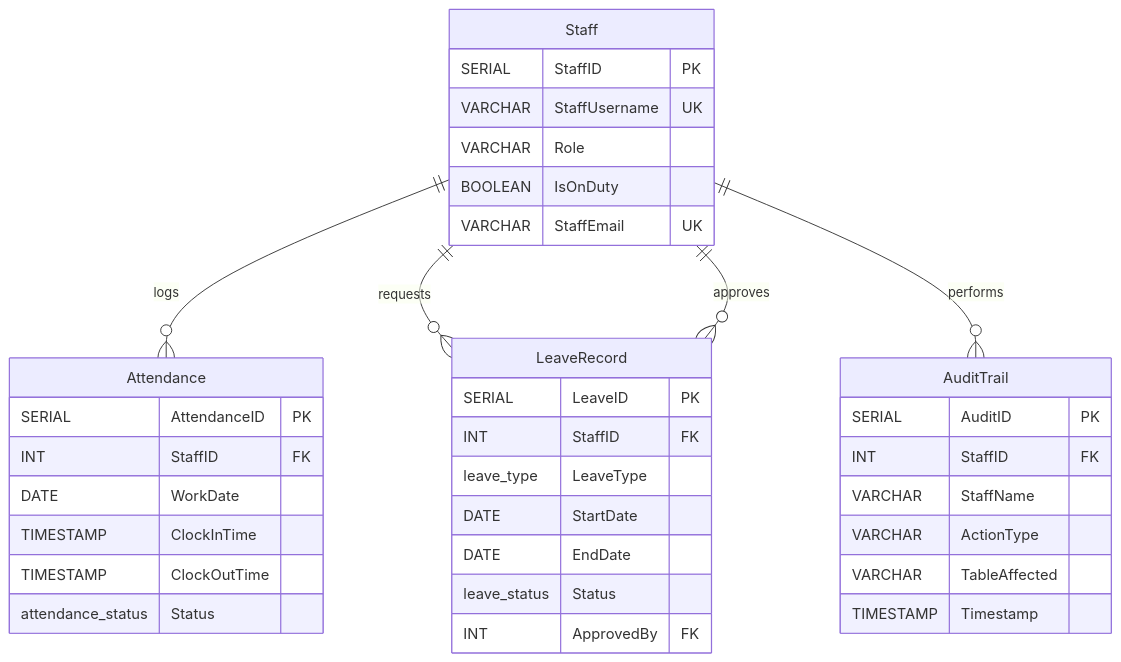
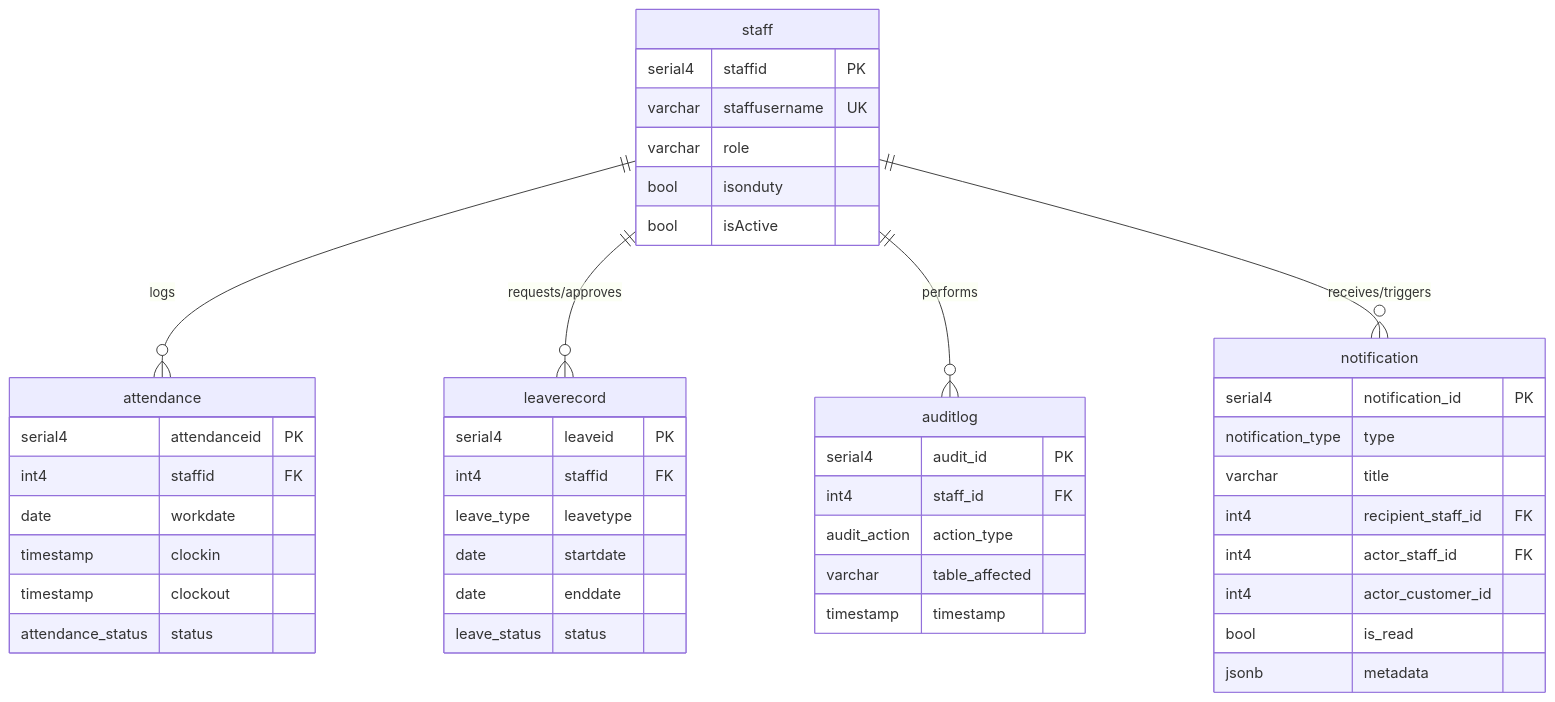
One commit to athiphat67/CN230-Group-Project changed the diagram in Diagram/StaffHRAudit.md. Above: the diagram before and after it, drawn with Mermaid. The commit also changed 7 other files, not shown here.

First line of the commit message:
Normalize mermaid ER diagrams and update assets

```diff
--- a/Diagram/StaffHRAudit.md
+++ b/Diagram/StaffHRAudit.md
@@ -1,40 +1,48 @@
 :::mermaid
-    erDiagram
-    Staff ||--o{ Attendance : "logs"
-    Staff ||--o{ LeaveRecord : "requests"
-    Staff ||--o{ LeaveRecord : "approves"
-    Staff ||--o{ AuditTrail : "performs"
+erDiagram
+    staff ||--o{ attendance : "logs"
+    staff ||--o{ leaverecord : "requests/approves"
+    staff ||--o{ auditlog : "performs"
+    staff ||--o{ notification : "receives/triggers"
 
-    Staff {
-        SERIAL StaffID PK
-        VARCHAR StaffUsername UK
-        VARCHAR Role
-        BOOLEAN IsOnDuty
-        VARCHAR StaffEmail UK
+    staff {
+        serial4 staffid PK
+        varchar staffusername UK
+        varchar role
+        bool isonduty
+        bool isActive
     }
-    Attendance {
-        SERIAL AttendanceID PK
-        INT StaffID FK
-        DATE WorkDate
-        TIMESTAMP ClockInTime
-        TIMESTAMP ClockOutTime
-        attendance_status Status
+    attendance {
+        serial4 attendanceid PK
+        int4 staffid FK
+        date workdate
+        timestamp clockin
+        timestamp clockout
+        attendance_status status
     }
-    LeaveRecord {
-        SERIAL LeaveID PK
-        INT StaffID FK
-        leave_type LeaveType
-        DATE StartDate
-        DATE EndDate
-        leave_status Status
-        INT ApprovedBy FK
+    leaverecord {
+        serial4 leaveid PK
+        int4 staffid FK
+        leave_type leavetype
+        date startdate
+        date enddate
+        leave_status status
     }
-    AuditTrail {
-        SERIAL AuditID PK
-        INT StaffID FK
-        VARCHAR StaffName
-        VARCHAR ActionType
-        VARCHAR TableAffected
-        TIMESTAMP Timestamp
+    auditlog {
+        serial4 audit_id PK
+        int4 staff_id FK
+        audit_action action_type
+        varchar table_affected
+        timestamp timestamp
+    }
+    notification {
+        serial4 notification_id PK
+        notification_type type
+        varchar title
+        int4 recipient_staff_id FK
+        int4 actor_staff_id FK
+        int4 actor_customer_id
+        bool is_read
+        jsonb metadata
     }
 :::
```
